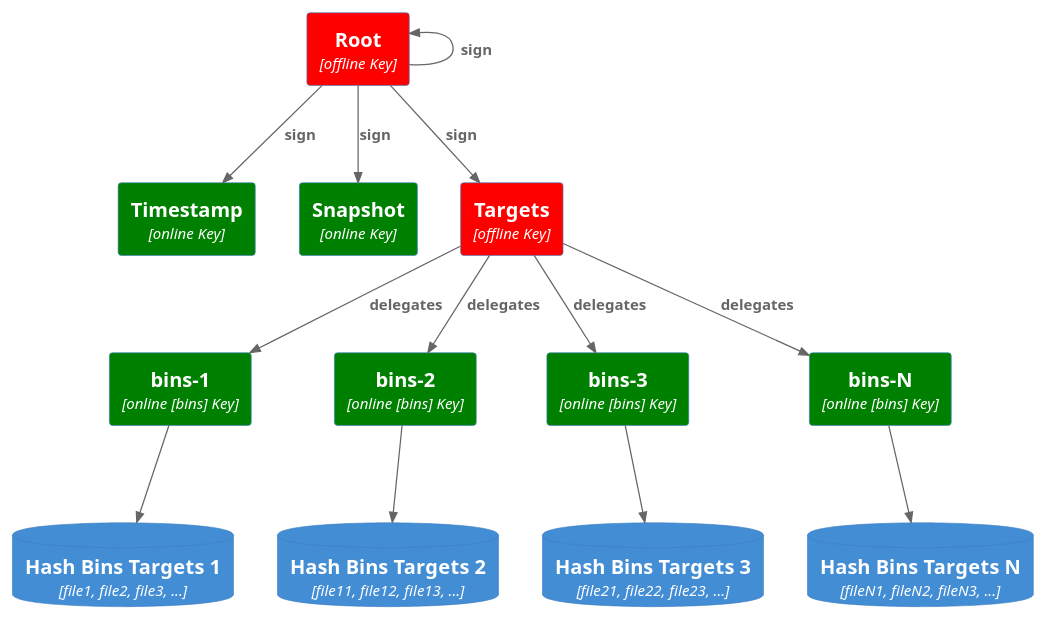
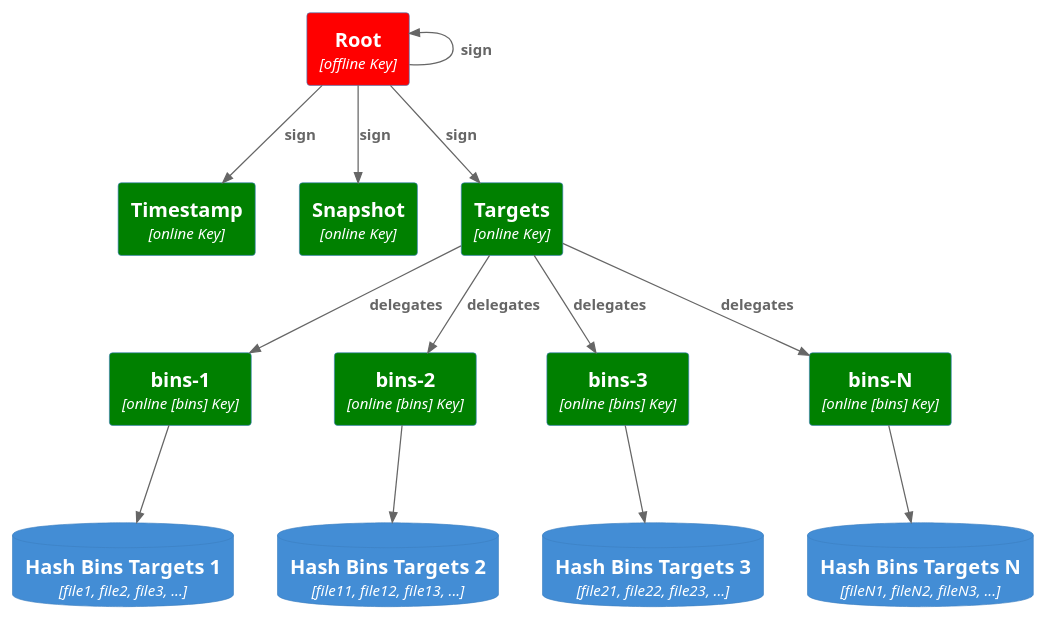
Before and after one commit to repository-service-tuf/repository-service-tuf: the diagram in docs/diagrams/1_1_rstuf_metadata.puml, drawn with PlantUML. The commit also changed 2 other files, not shown here.

```diff
--- a/docs/diagrams/1_1_rstuf_metadata.puml
+++ b/docs/diagrams/1_1_rstuf_metadata.puml
@@ -1,33 +1,33 @@
 @startuml
 !include https://raw.githubusercontent.com/plantuml-stdlib/C4-PlantUML/master/C4_Container.puml
 
 Container(root, "Root" , "offline Key") #Red
 Container(timestamp, "Timestamp", "online Key") #Green
 Container(snapshot, "Snapshot", "online Key") #Green
-Container(targets, "Targets",  "offline Key") #Red
+Container(targets, "Targets",  "online Key") #Green
 Container(bins_1, "bins-1", "online [bins] Key") #Green
 Container(bins_2, "bins-2", "online [bins] Key") #Green
 Container(bins_3, "bins-3", "online [bins] Key") #Green
 Container(bins_N, "bins-N", "online [bins] Key") #Green
 
 ContainerDb(targets_bins_1, "Hash Bins Targets 1", "file1, file2, file3, ...")
 ContainerDb(targets_bins_2, "Hash Bins Targets 2", "file11, file12, file13, ...")
 ContainerDb(targets_bins_3, "Hash Bins Targets 3", "file21, file22, file23, ...")
 ContainerDb(targets_bins_N, "Hash Bins Targets N", "fileN1, fileN2, fileN3, ...")
 
 Rel_U(root, root, "sign")
 Rel_D(root, timestamp, "sign")
 Rel_D(root, snapshot, "sign")
 Rel_D(root, targets, "sign")
 Rel_D(targets, bins_1, "delegates")
 Rel_D(bins_1, targets_bins_1, " ")
 Rel_D(targets, bins_2, "delegates")
 Rel_D(bins_2, targets_bins_2, " ")
 Rel_D(targets, bins_3, "delegates")
 Rel_D(bins_3, targets_bins_3, " ")
 Rel_D(targets, bins_N, "delegates")
 Rel_D(bins_N, targets_bins_N, " ")
 
 
 HIDE_STEREOTYPE()
 @enduml
```
